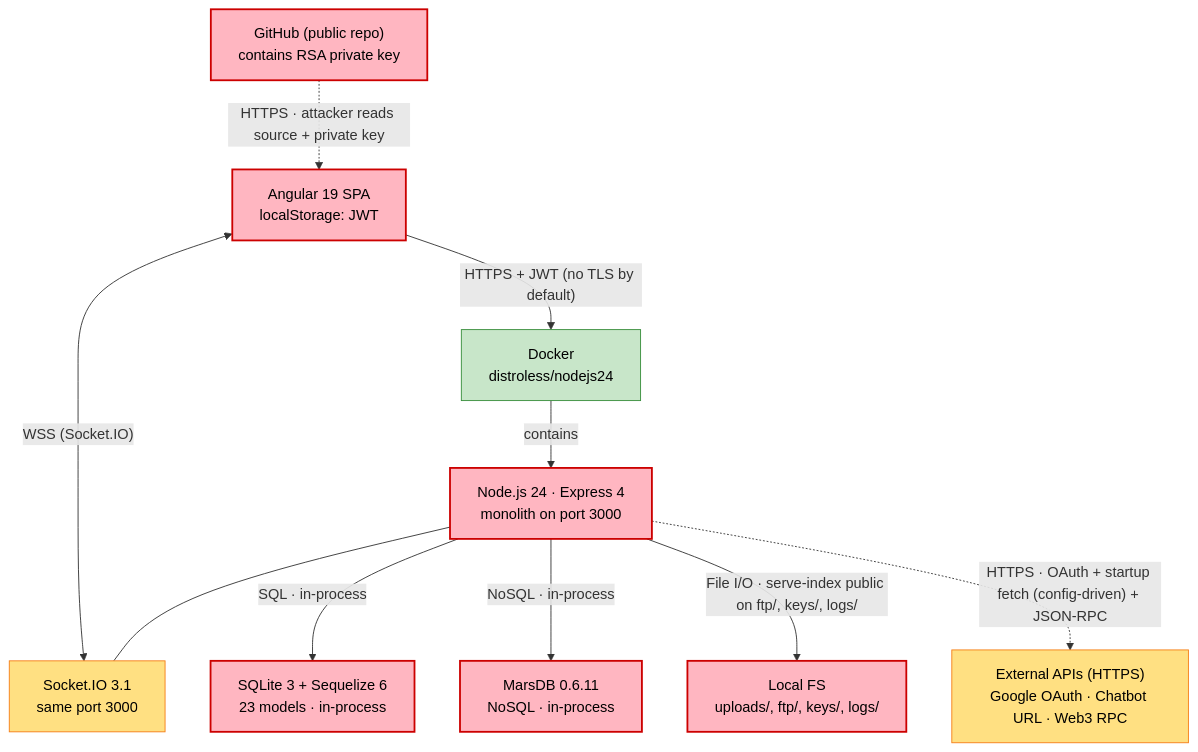
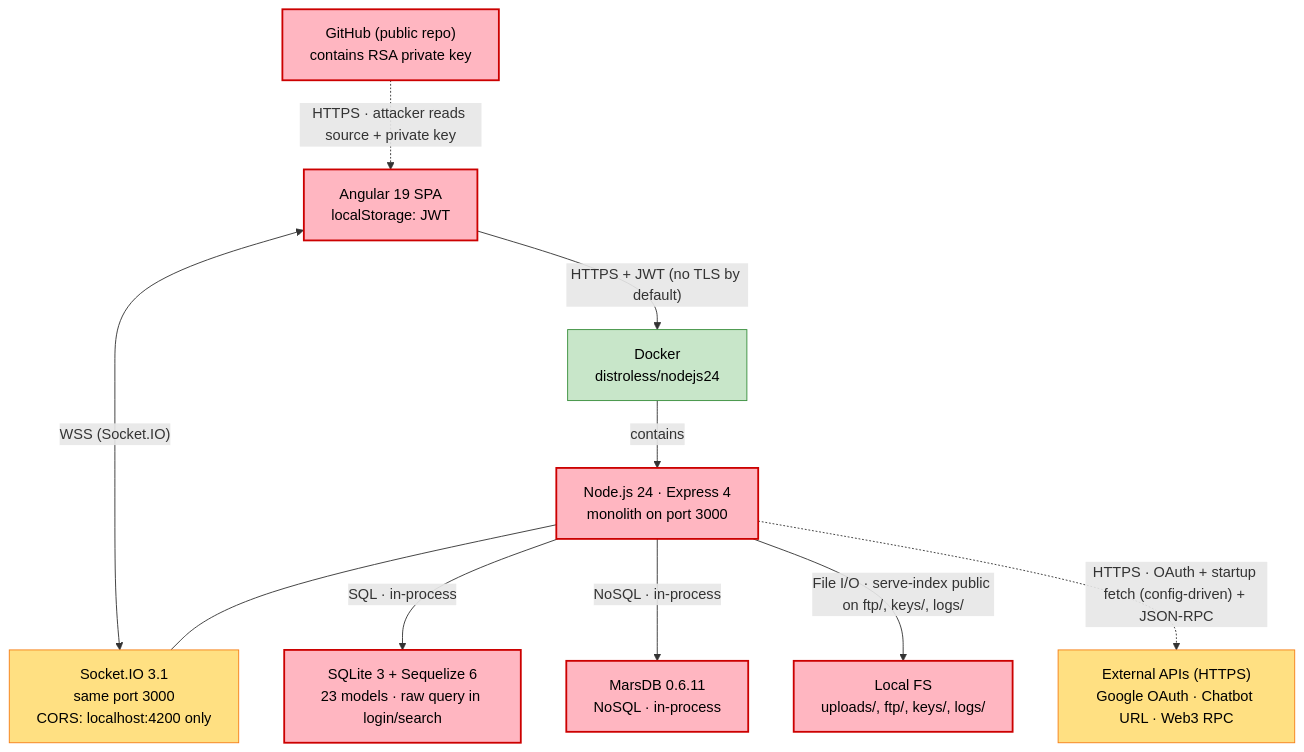
The third of 8 diagrams in examples/juice-shop/threatmodel_juice-shop_thorough_sonnet.md (appsec-foundry/appsec-advisor), drawn with Mermaid before and after one commit. The commit also changed other lines of this file and 5 other files, not shown here.

````diff
--- a/examples/juice-shop/threatmodel_juice-shop_thorough_sonnet.md
+++ b/examples/juice-shop/threatmodel_juice-shop_thorough_sonnet.md
@@ -324,26 +326,26 @@
 ```mermaid
 graph TB
     classDef risk fill:#FFB6C1,stroke:#c00,color:#000,stroke-width:2px
     classDef warn fill:#FFE082,stroke:#F57F17,color:#000
     classDef ok   fill:#c8e6c9,stroke:#388e3c,color:#000
 
     Browser["Angular 19 SPA<br/>localStorage: JWT"]:::risk
     Docker["Docker<br/>distroless/nodejs24"]:::ok
     App["Node.js 24 · Express 4<br/>monolith on port 3000"]:::risk
-    WS["Socket.IO 3.1<br/>same port 3000"]:::warn
-    SQLite["SQLite 3 + Sequelize 6<br/>23 models · in-process"]:::risk
+    WS["Socket.IO 3.1<br/>same port 3000<br/>CORS: localhost:4200 only"]:::warn
+    SQLite["SQLite 3 + Sequelize 6<br/>23 models · raw query in login/search"]:::risk
     MarsDB["MarsDB 0.6.11<br/>NoSQL · in-process"]:::risk
     FS["Local FS<br/>uploads/, ftp/, keys/, logs/"]:::risk
     EXT["External APIs (HTTPS)<br/>Google OAuth · Chatbot URL · Web3 RPC"]:::warn
     GitHub["GitHub (public repo)<br/>contains RSA private key"]:::risk
 
     Browser -->|"HTTPS + JWT (no TLS by default)"| Docker
     Browser <-->|"WSS (Socket.IO)"| WS
     Docker -->|"contains"| App
     App --- WS
     App -->|"SQL · in-process"| SQLite
     App -->|"NoSQL · in-process"| MarsDB
     App -->|"File I/O · serve-index public on ftp/, keys/, logs/"| FS
     App -.->|"HTTPS · OAuth + startup fetch (config-driven) + JSON-RPC"| EXT
     GitHub -.->|"HTTPS · attacker reads source + private key"| Browser
 ```
````
